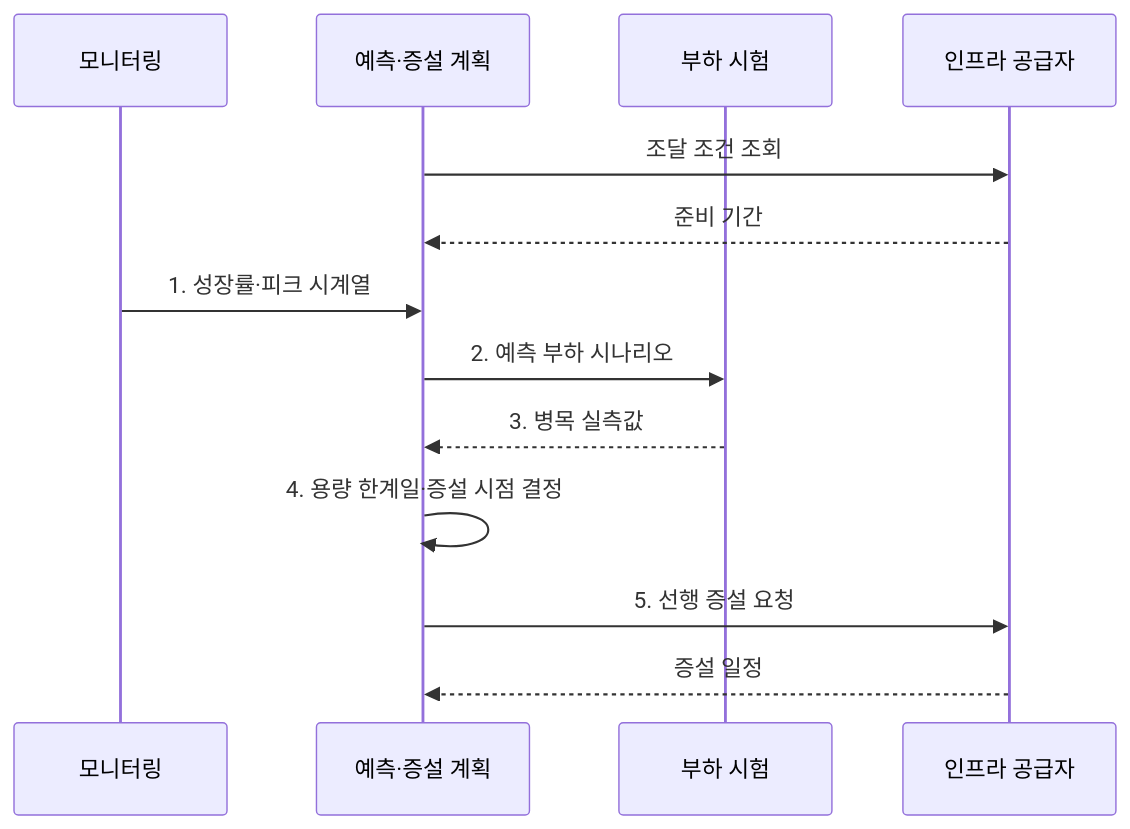
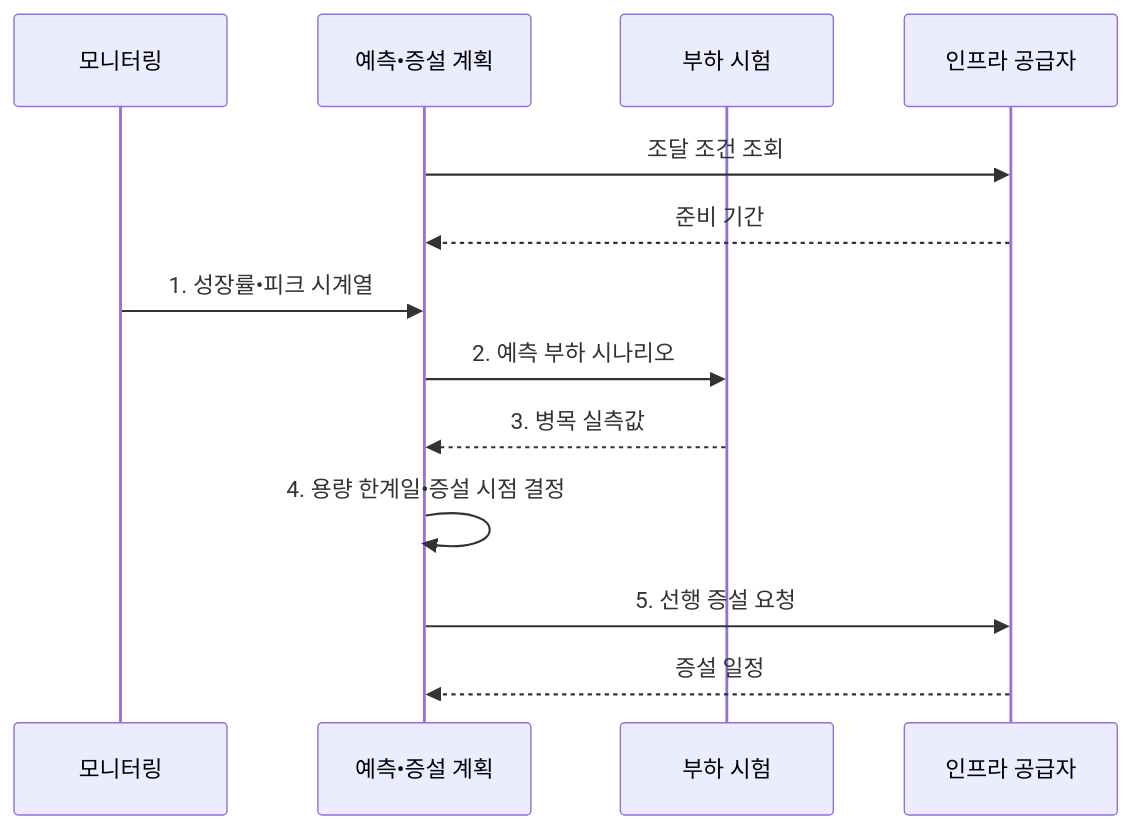
One commit to agnusdei1207/knowledge-base changed the second of 2 diagrams in src/content/docs/notes/03-software/101_db_capacity_planning.md. Above: the diagram before and after it, drawn with Mermaid. The commit also changed other lines of this file and 953 other files, not shown here.

````diff
--- a/src/content/docs/notes/03-software/101_db_capacity_planning.md
+++ b/src/content/docs/notes/03-software/101_db_capacity_planning.md
@@ -115,15 +115,15 @@
 ```mermaid
 sequenceDiagram
     participant M as 모니터링
-    participant F as 예측·증설 계획
+    participant F as 예측•증설 계획
     participant T as 부하 시험
     participant I as 인프라 공급자
     F->>I: 조달 조건 조회
     I-->>F: 준비 기간
-    M->>F: 1. 성장률·피크 시계열
+    M->>F: 1. 성장률•피크 시계열
     F->>T: 2. 예측 부하 시나리오
     T-->>F: 3. 병목 실측값
-    F->>F: 4. 용량 한계일·증설 시점 결정
+    F->>F: 4. 용량 한계일•증설 시점 결정
     F->>I: 5. 선행 증설 요청
     I-->>F: 증설 일정
 ```
````
